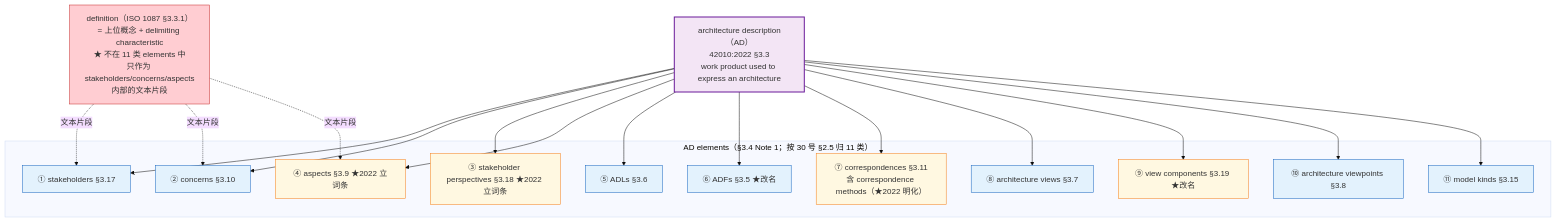
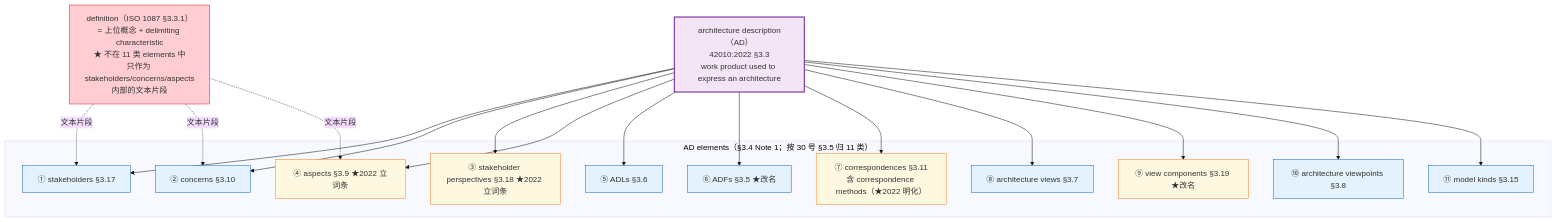
Before and after one commit to Yongjunzhou/business-Engineering: the tenth of 17 diagrams in 10-系统工程研究/00-系统工程相关研究报告/22-架构、概念、属性研究报告—术语权威定义与对照分析.md, drawn with Mermaid (base theme). The commit also changed other lines of this file and 23 other files, not shown here.

````diff
--- a/10-系统工程研究/00-系统工程相关研究报告/22-架构、概念、属性研究报告—术语权威定义与对照分析.md
+++ b/10-系统工程研究/00-系统工程相关研究报告/22-架构、概念、属性研究报告—术语权威定义与对照分析.md
@@ -994,44 +994,44 @@
 ```mermaid
 flowchart TB
     AD["architecture description（AD）<br/>42010:2022 §3.3<br/>work product used to express an architecture"]
 
-    subgraph "AD elements（§3.4 Note 1；按 30 号 §2.5 归 11 类）"
+    subgraph "AD elements（§3.4 Note 1；按 30 号 §3.5 归 11 类）"
         ST["① stakeholders §3.17"]
         CO["② concerns §3.10"]
         SP["③ stakeholder perspectives §3.18 ★2022 立词条"]
         AS["④ aspects §3.9 ★2022 立词条"]
         ADL["⑤ ADLs §3.6"]
         ADF["⑥ ADFs §3.5 ★改名"]
         COR["⑦ correspondences §3.11<br/>含 correspondence methods（★2022 明化）"]
         VW["⑧ architecture views §3.7"]
         VC["⑨ view components §3.19 ★改名"]
         VP["⑩ architecture viewpoints §3.8"]
         MK["⑪ model kinds §3.15"]
     end
 
     AD --> ST
     AD --> CO
     AD --> SP
     AD --> AS
     AD --> ADL
     AD --> ADF
     AD --> COR
     AD --> VW
     AD --> VC
     AD --> VP
     AD --> MK
 
     DEF["definition（ISO 1087 §3.3.1）<br/>= 上位概念 + delimiting characteristic<br/>★ 不在 11 类 elements 中<br/>只作为 stakeholders/concerns/aspects<br/>内部的文本片段"]
     DEF -.文本片段.-> ST
     DEF -.文本片段.-> CO
     DEF -.文本片段.-> AS
 
     classDef ad fill:#f3e5f5,stroke:#6a1b9a,stroke-width:2px
     classDef elem fill:#e3f2fd,stroke:#1565c0
     classDef star fill:#fff8e1,stroke:#f57f17
     classDef def fill:#ffcdd2,stroke:#c62828
     class AD ad
     class ST,CO,ADL,ADF,VW,VP,MK elem
     class SP,AS,COR,VC star
     class DEF def
 ```
````
